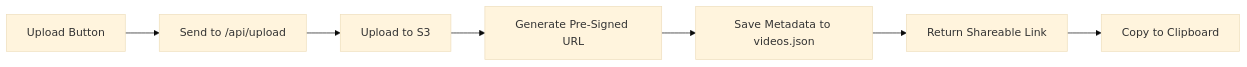
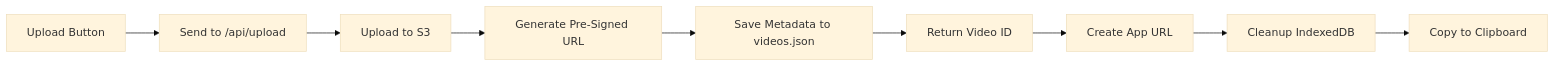
Before and after one commit to Vinit20762/screen-recorder-mvp: the third of 3 diagrams in README.md, drawn with Mermaid (base theme). The commit also changed other lines of this file, not shown here.

````diff
--- a/README.md
+++ b/README.md
@@ -337,9 +384,11 @@
 ```mermaid
 graph LR
     A[Upload Button] --> B[Send to /api/upload]
     B --> C[Upload to S3]
     C --> D[Generate Pre-Signed URL]
     D --> E[Save Metadata to videos.json]
-    E --> F[Return Shareable Link]
-    F --> G[Copy to Clipboard]
+    E --> F[Return Video ID]
+    F --> G[Create App URL]
+    G --> H[Cleanup IndexedDB]
+    H --> I[Copy to Clipboard]
 ```
````
